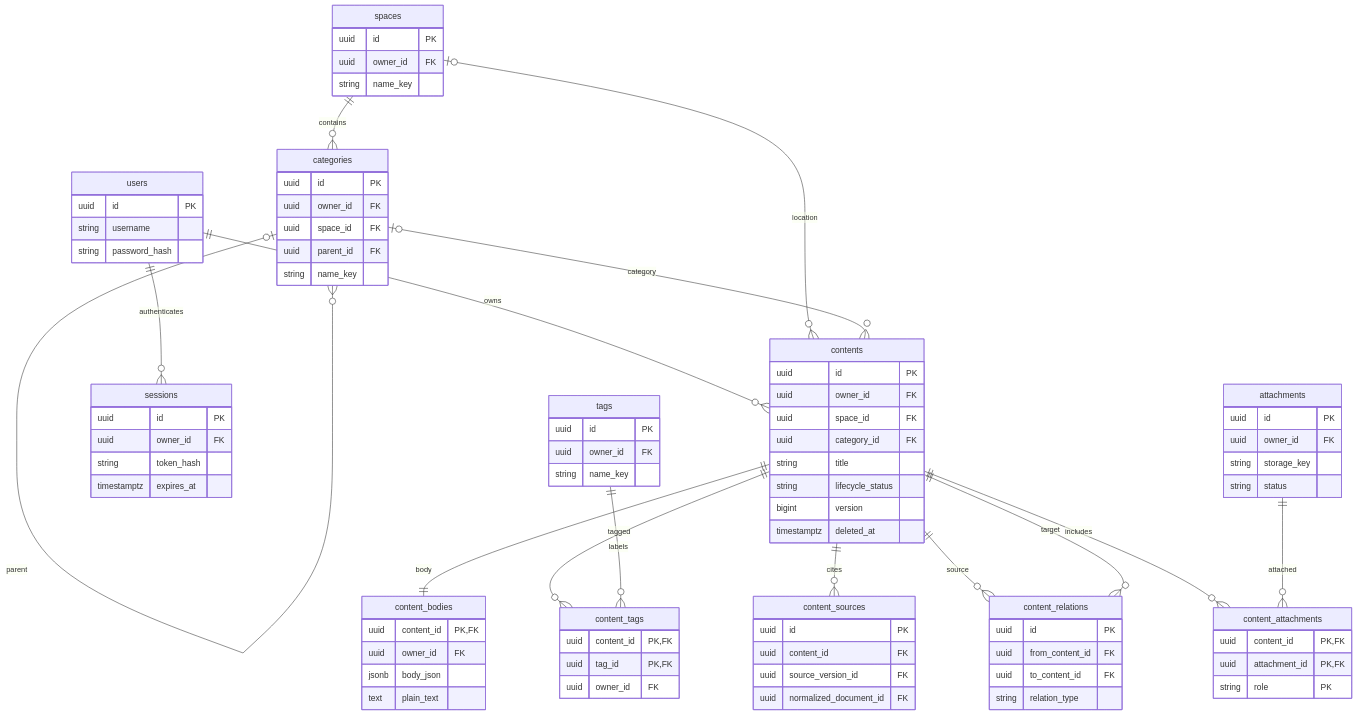
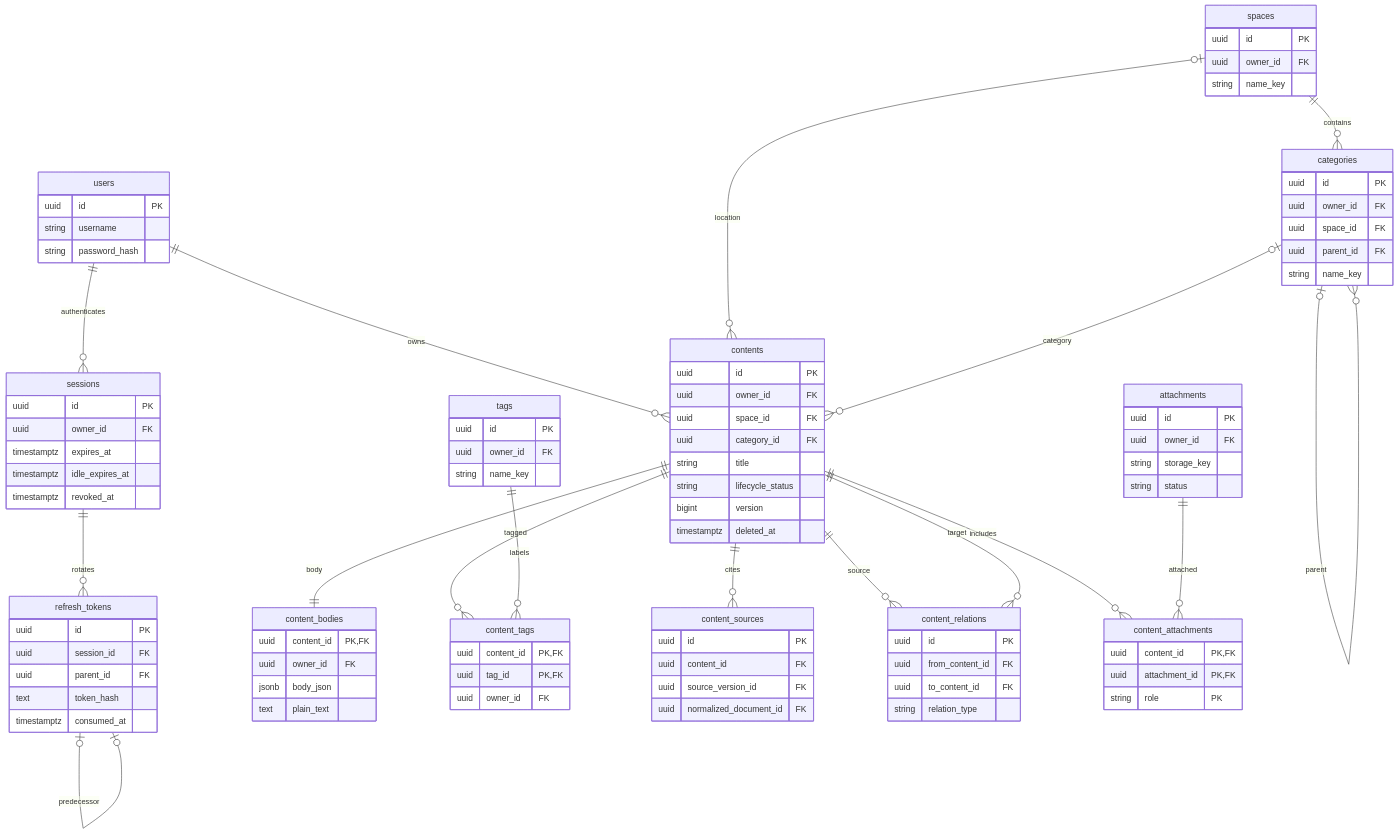
One commit to marineyulxl/Luma changed the second of 7 diagrams in docs/architecture/DATABASE-DESIGN.md. Above: the diagram before and after it, drawn with Mermaid. The commit also changed other lines of this file and 36 other files, not shown here.

````diff
--- a/docs/architecture/DATABASE-DESIGN.md
+++ b/docs/architecture/DATABASE-DESIGN.md
@@ -168,29 +172,32 @@
 ```mermaid
 erDiagram
     users ||--o{ contents : owns
     users ||--o{ sessions : authenticates
+    sessions ||--o{ refresh_tokens : rotates
+    refresh_tokens o|--o| refresh_tokens : predecessor
     spaces ||--o{ categories : contains
     categories o|--o{ categories : parent
     spaces o|--o{ contents : location
     categories o|--o{ contents : category
     contents ||--|| content_bodies : body
     contents ||--o{ content_tags : tagged
     tags ||--o{ content_tags : labels
     contents ||--o{ content_sources : cites
     contents ||--o{ content_relations : source
     contents ||--o{ content_relations : target
     contents ||--o{ content_attachments : includes
     attachments ||--o{ content_attachments : attached
     users { uuid id PK string username string password_hash }
-    sessions { uuid id PK uuid owner_id FK string token_hash timestamptz expires_at }
+    sessions { uuid id PK uuid owner_id FK timestamptz expires_at timestamptz idle_expires_at timestamptz revoked_at }
+    refresh_tokens { uuid id PK uuid session_id FK uuid parent_id FK text token_hash timestamptz consumed_at }
     spaces { uuid id PK uuid owner_id FK string name_key }
     categories { uuid id PK uuid owner_id FK uuid space_id FK uuid parent_id FK string name_key }
     contents { uuid id PK uuid owner_id FK uuid space_id FK uuid category_id FK string title string lifecycle_status bigint version timestamptz deleted_at }
     content_bodies { uuid content_id PK,FK uuid owner_id FK jsonb body_json text plain_text }
     tags { uuid id PK uuid owner_id FK string name_key }
     content_tags { uuid content_id PK,FK uuid tag_id PK,FK uuid owner_id FK }
     content_sources { uuid id PK uuid content_id FK uuid source_version_id FK uuid normalized_document_id FK }
     content_relations { uuid id PK uuid from_content_id FK uuid to_content_id FK string relation_type }
     attachments { uuid id PK uuid owner_id FK string storage_key string status }
     content_attachments { uuid content_id PK,FK uuid attachment_id PK,FK string role PK }
 ```
````
